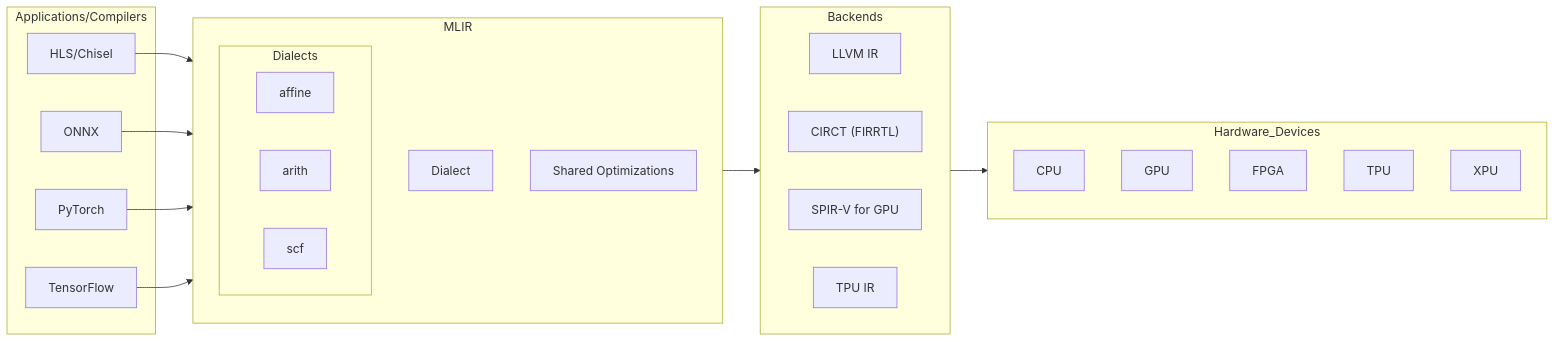
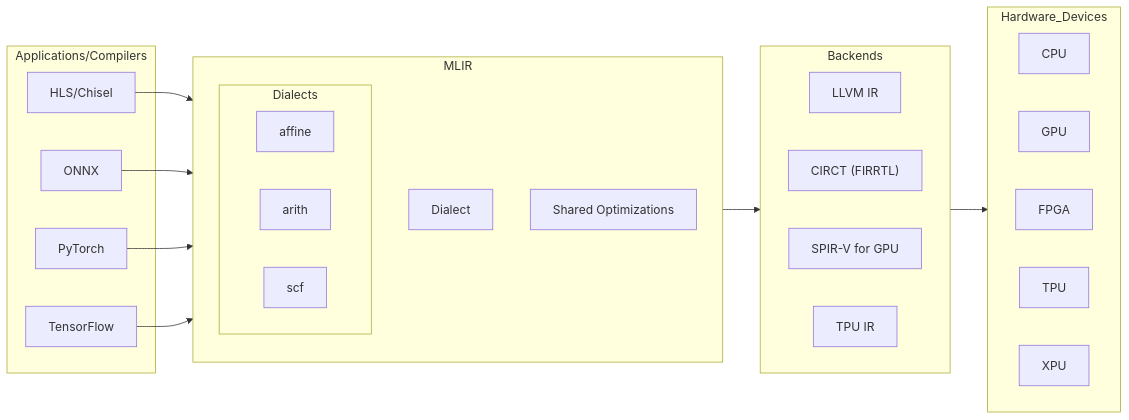
One commit to Ameya674/mlir_for_beginners changed the diagram in Introduction.md. Above: the diagram before and after it, drawn with Mermaid.

````diff
--- a/Introduction.md
+++ b/Introduction.md
@@ -9,43 +9,43 @@
 ```mermaid
 flowchart LR
     subgraph Applications/Compilers
         HLS_Chisel["HLS/Chisel"]
         ONNX["ONNX"]
         PyTorch["PyTorch"]
         TensorFlow["TensorFlow"]
     end
 
     subgraph MLIR
         subgraph Dialects
             affine["affine"]
             arith["arith"]
             scf["scf"]
         end
         Dialect["Dialect"]
         Shared_Optimizations["Shared Optimizations"]
     end
 
     subgraph Backends
         direction LR
         LLVM_IR["LLVM IR"]
         CIRCT["CIRCT (FIRRTL)"]
         SPIRV["SPIR-V for GPU"]
         TPU_IR["TPU IR"]
     end
 
     subgraph Hardware_Devices
-        direction TB
+        direction LR
         CPU["CPU"]
         GPU["GPU"]
         FPGA["FPGA"]
         TPU["TPU"]
         XPU["XPU"]
     end
 
     HLS_Chisel --> MLIR
     ONNX --> MLIR
     PyTorch --> MLIR
     TensorFlow --> MLIR
     MLIR --> Backends
     Backends --> Hardware_Devices
 ```
````
